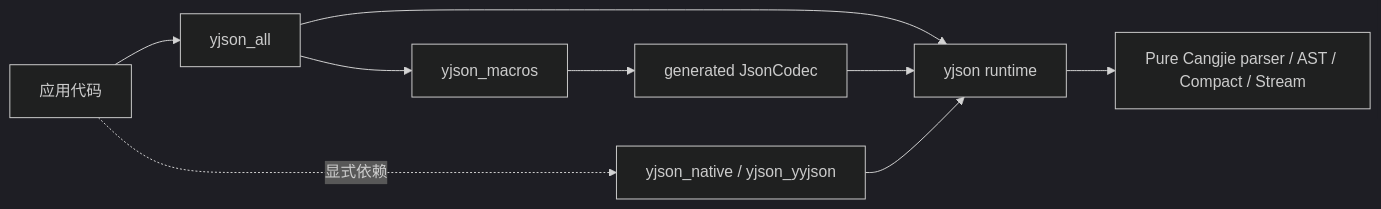
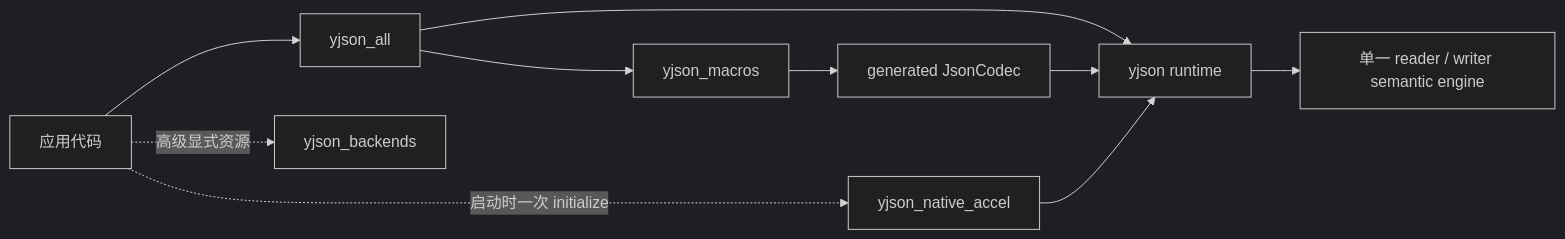
Before and after one commit to lIlIIlIll/yjson: the diagram in README.md, drawn with Mermaid (dark theme). The commit also changed other lines of this file and 12 other files, not shown here.

````diff
--- a/README.md
+++ b/README.md
@@ -117,11 +119,12 @@
 ```mermaid
 flowchart LR
     App[应用代码] --> All[yjson_all]
     All --> Core[yjson runtime]
     All --> Macros[yjson_macros]
     Macros --> Codec[generated JsonCodec]
     Codec --> Core
-    Core --> Pure[Pure Cangjie parser / AST / Compact / Stream]
-    App -. 显式依赖 .-> Native[yjson_native / yjson_yyjson]
-    Native --> Core
+    Core --> Pure[单一 reader / writer semantic engine]
+    App -. 启动时一次 initialize .-> Accel[yjson_native_accel]
+    Accel --> Core
+    App -. 高级显式资源 .-> Backends[yjson_backends]
 ```
````
